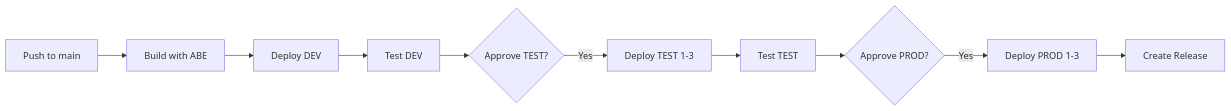
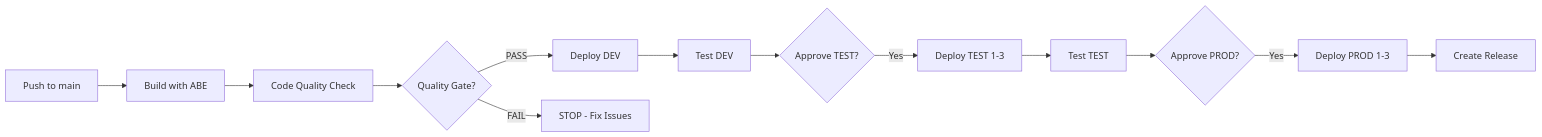
The diagram in README.md (niveedkumarreddy/hsi_onprem_cicd), drawn with Mermaid before and after one commit. The commit also changed other lines of this file and 4 other files, not shown here.

Commit message:
ci: add SonarQube code quality analysis with mandatory quality gate

````diff
--- a/README.md
+++ b/README.md
@@ -164,12 +182,15 @@
 ```mermaid
 graph LR
     A[Push to main] --> B[Build with ABE]
-    B --> C[Deploy DEV]
-    C --> D[Test DEV]
-    D --> E{Approve TEST?}
-    E -->|Yes| F[Deploy TEST 1-3]
-    F --> G[Test TEST]
-    G --> H{Approve PROD?}
-    H -->|Yes| I[Deploy PROD 1-3]
-    I --> J[Create Release]
+    B --> C[Code Quality Check]
+    C --> D{Quality Gate?}
+    D -->|PASS| E[Deploy DEV]
+    D -->|FAIL| Z[STOP - Fix Issues]
+    E --> F[Test DEV]
+    F --> G{Approve TEST?}
+    G -->|Yes| H[Deploy TEST 1-3]
+    H --> I[Test TEST]
+    I --> J{Approve PROD?}
+    J -->|Yes| K[Deploy PROD 1-3]
+    K --> L[Create Release]
 ```
````
